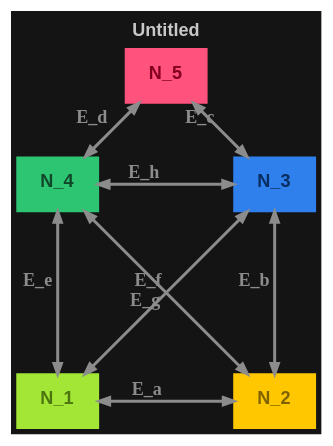
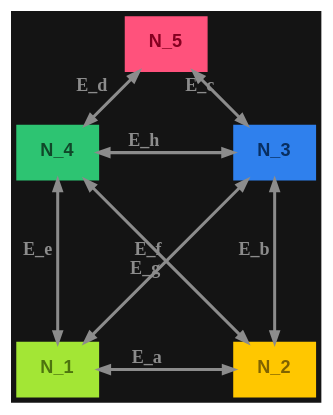
Before and after one commit to m-bock/purescript-transit: the diagram in graphs/house-of-santa-claus-dark.dot, drawn with Graphviz. The commit also changed 22 other files, not shown here.

```diff
--- a/graphs/house-of-santa-claus-dark.dot
+++ b/graphs/house-of-santa-claus-dark.dot
@@ -1,18 +1,18 @@
 digraph 
 {
-rankdir = "TD";fontname = "Arial";label = <<b>Untitled</b>>;labelloc = "t";fontsize = 12;bgcolor = "#141414";color = "#c8c8c8";fontcolor = "#c8c8c8"
+rankdir = "TD";fontname = "Arial";labelloc = "t";fontsize = 12;bgcolor = "#141414";color = "#c8c8c8";fontcolor = "#c8c8c8"
 layout=neato
 N_1 [pos="0,0!",shape = "box", label = <<b>N_1</b>>, fontsize = 12, style = "filled", fillcolor = "#a3e635", fontcolor = "#4d740e", color = "#a3e635", fontname = "Arial", labelloc = "c", penwidth = 1.0]
 N_2 [pos="2,0!",shape = "box", label = <<b>N_2</b>>, fontsize = 12, style = "filled", fillcolor = "#ffc700", fontcolor = "#806300", color = "#ffc700", fontname = "Arial", labelloc = "c", penwidth = 1.0]
 N_2 -> N_1 [color = "#8c8c8c", fontcolor = "#8c8c8c", fontsize = 12, label = <<b>E_a</b>>, arrowsize = "1.5", penwidth = 2.0, dir = "both", arrowsize = "0.7"]
 N_3 [pos="2,2!",shape = "box", label = <<b>N_3</b>>, fontsize = 12, style = "filled", fillcolor = "#2f80ed", fontcolor = "#082e61", color = "#2f80ed", fontname = "Arial", labelloc = "c", penwidth = 1.0]
 N_3 -> N_2 [color = "#8c8c8c", fontcolor = "#8c8c8c", fontsize = 12, label = <<b>E_b</b>>, arrowsize = "1.5", penwidth = 2.0, dir = "both", arrowsize = "0.7"]
 N_3 -> N_1 [color = "#8c8c8c", fontcolor = "#8c8c8c", fontsize = 12, label = <<b>E_f</b>>, arrowsize = "1.5", penwidth = 2.0, dir = "both", arrowsize = "0.7"]
 N_5 [pos="1,3!",shape = "box", label = <<b>N_5</b>>, fontsize = 12, style = "filled", fillcolor = "#ff527c", fontcolor = "#850020", color = "#ff527c", fontname = "Arial", labelloc = "c", penwidth = 1.0]
 N_5 -> N_3 [color = "#8c8c8c", fontcolor = "#8c8c8c", fontsize = 12, label = <<b>E_c</b>>, arrowsize = "1.5", penwidth = 2.0, dir = "both", arrowsize = "0.7"]
 N_5 -> N_4 [color = "#8c8c8c", fontcolor = "#8c8c8c", fontsize = 12, label = <<b>E_d</b>>, arrowsize = "1.5", penwidth = 2.0, dir = "both", arrowsize = "0.7"]
 N_4 [pos="0,2!",shape = "box", label = <<b>N_4</b>>, fontsize = 12, style = "filled", fillcolor = "#2dc472", fontcolor = "#104729", color = "#2dc472", fontname = "Arial", labelloc = "c", penwidth = 1.0]
 N_4 -> N_1 [color = "#8c8c8c", fontcolor = "#8c8c8c", fontsize = 12, label = <<b>E_e</b>>, arrowsize = "1.5", penwidth = 2.0, dir = "both", arrowsize = "0.7"]
 N_4 -> N_2 [color = "#8c8c8c", fontcolor = "#8c8c8c", fontsize = 12, label = <<b>E_g</b>>, arrowsize = "1.5", penwidth = 2.0, dir = "both", arrowsize = "0.7"]
 N_4 -> N_3 [color = "#8c8c8c", fontcolor = "#8c8c8c", fontsize = 12, label = <<b>E_h</b>>, arrowsize = "1.5", penwidth = 2.0, dir = "both", arrowsize = "0.7"]
 }
```
